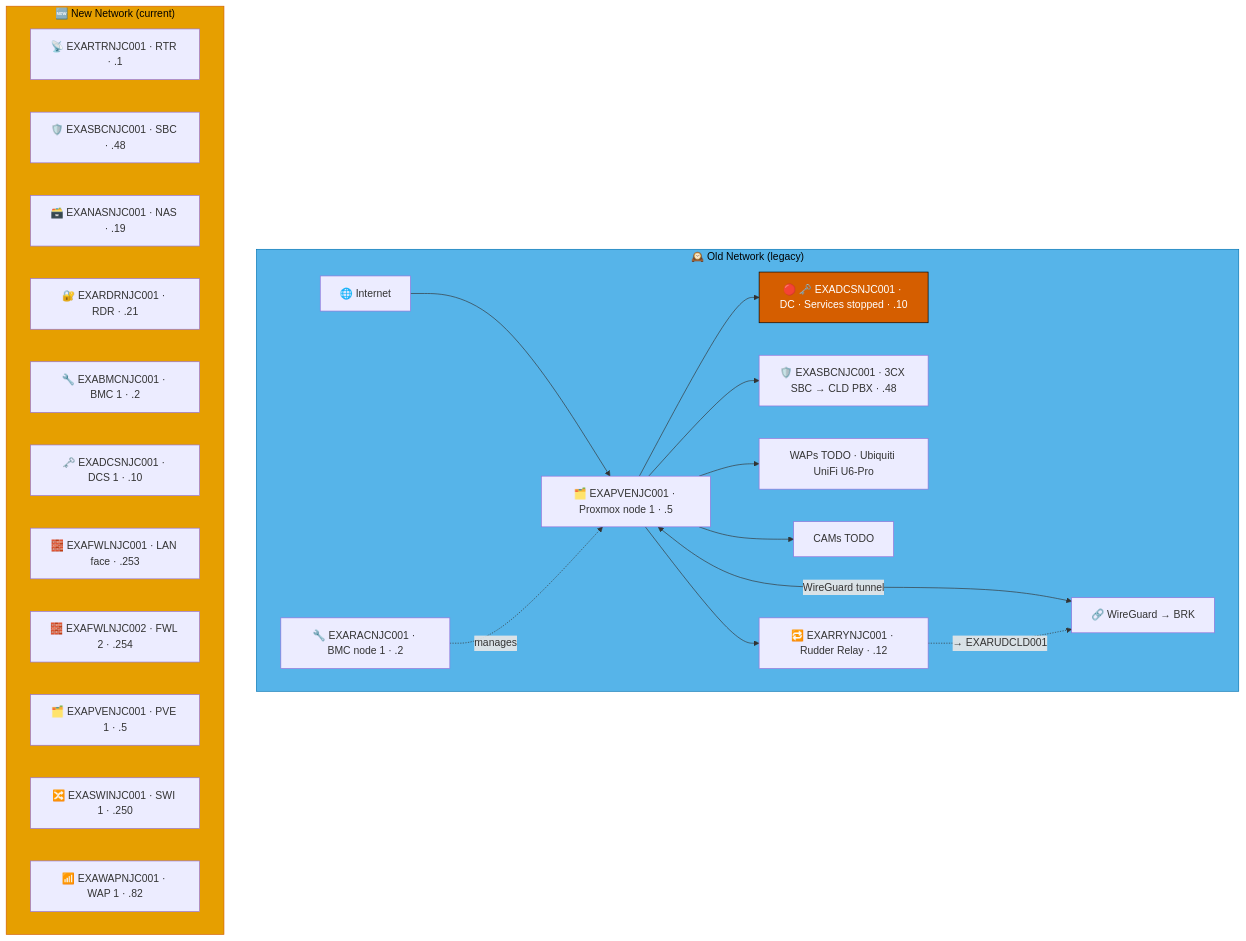
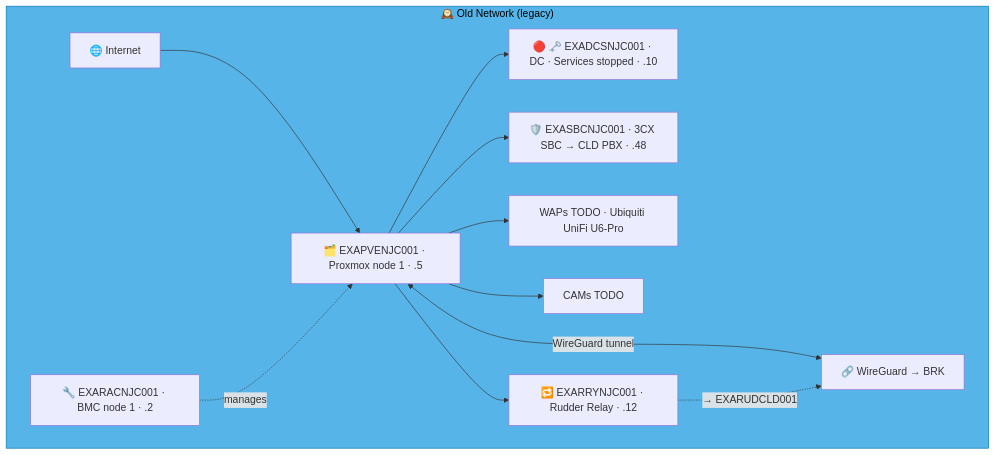
One commit to knightmare2600/example_music_infra changed the fifth of 16 diagrams in docs/network-diagram/united-states.md. Above: the diagram before and after it, drawn with Mermaid. The commit also changed other lines of this file and 35 other files, not shown here.

````diff
--- a/docs/network-diagram/united-states.md
+++ b/docs/network-diagram/united-states.md
@@ -146,41 +194,23 @@
 ```mermaid
 graph TD
     subgraph OLD_NJC ["🕰️ Old Network (legacy)"]
       INET["🌐 Internet"]
       RAC["🔧 EXARACNJC001 · BMC node 1 · .2"]
       PVE["🗂️ EXAPVENJC001 · Proxmox node 1 · .5"]
       DC["🔴 🗝️ EXADCSNJC001 · DC · Services stopped · .10"]
       SBC["🛡️ EXASBCNJC001 · 3CX SBC → CLD PBX · .48"]
       RRY["🔁 EXARRYNJC001 · Rudder Relay · .12"]
       WAP["WAPs TODO · Ubiquiti UniFi U6-Pro"]
       CAM["CAMs TODO"]
       VPN["🔗 WireGuard → BRK"]
 
       INET --> PVE --> DC & SBC
       RAC -.->|"manages"| PVE
       PVE --> WAP & CAM
       PVE <-->|"WireGuard tunnel"| VPN
 
       PVE --> RRY
       RRY -. "→ EXARUDCLD001" .-> VPN
     end
     style OLD_NJC fill:#56B4E9,stroke:#0072B2,color:#000000
-    %% GENERATED:NEW-NETWORK:NJC:START
-    subgraph NEW_NJC ["🆕 New Network (current)"]
-      N_RTR["📡 EXARTRNJC001 · RTR · .1"]
-      N_SBC["🛡️ EXASBCNJC001 · SBC · .48"]
-      N_NAS["🗃️ EXANASNJC001 · NAS · .19"]
-      N_RDR["🔐 EXARDRNJC001 · RDR · .21"]
-      N_BMC["🔧 EXABMCNJC001 · BMC 1 · .2"]
-      N_DCS["🗝️ EXADCSNJC001 · DCS 1 · .10"]
-      N_FWL["🧱 EXAFWLNJC001 · LAN face · .253"]
-      N_FWL2["🧱 EXAFWLNJC002 · FWL 2 · .254"]
-      N_PVE["🗂️ EXAPVENJC001 · PVE 1 · .5"]
-      N_SWI["🔀 EXASWINJC001 · SWI 1 · .250"]
-      N_WAP["📶 EXAWAPNJC001 · WAP 1 · .82"]
-    end
-    style NEW_NJC fill:#E69F00,stroke:#D55E00,color:#000000
-    %% GENERATED:NEW-NETWORK:NJC:END
-    classDef warn fill:#D55E00,stroke:#000000,color:#ffffff
-    class DC warn
 ```
````
